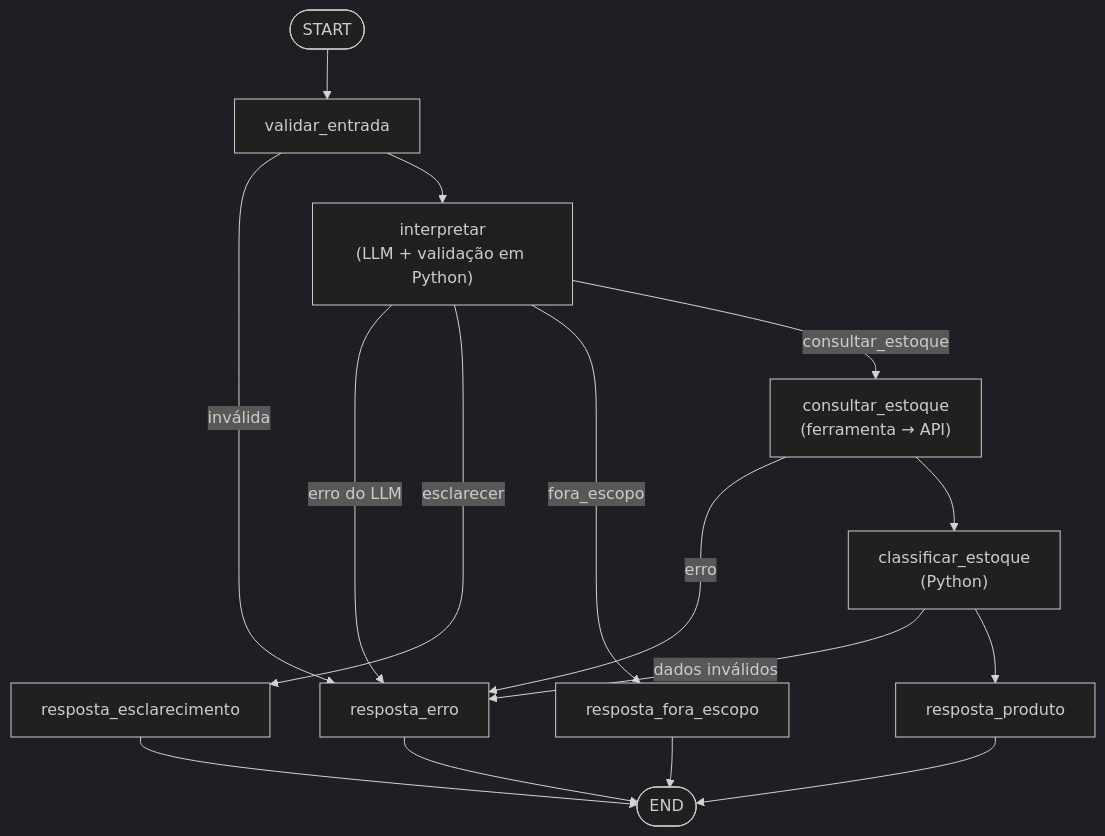
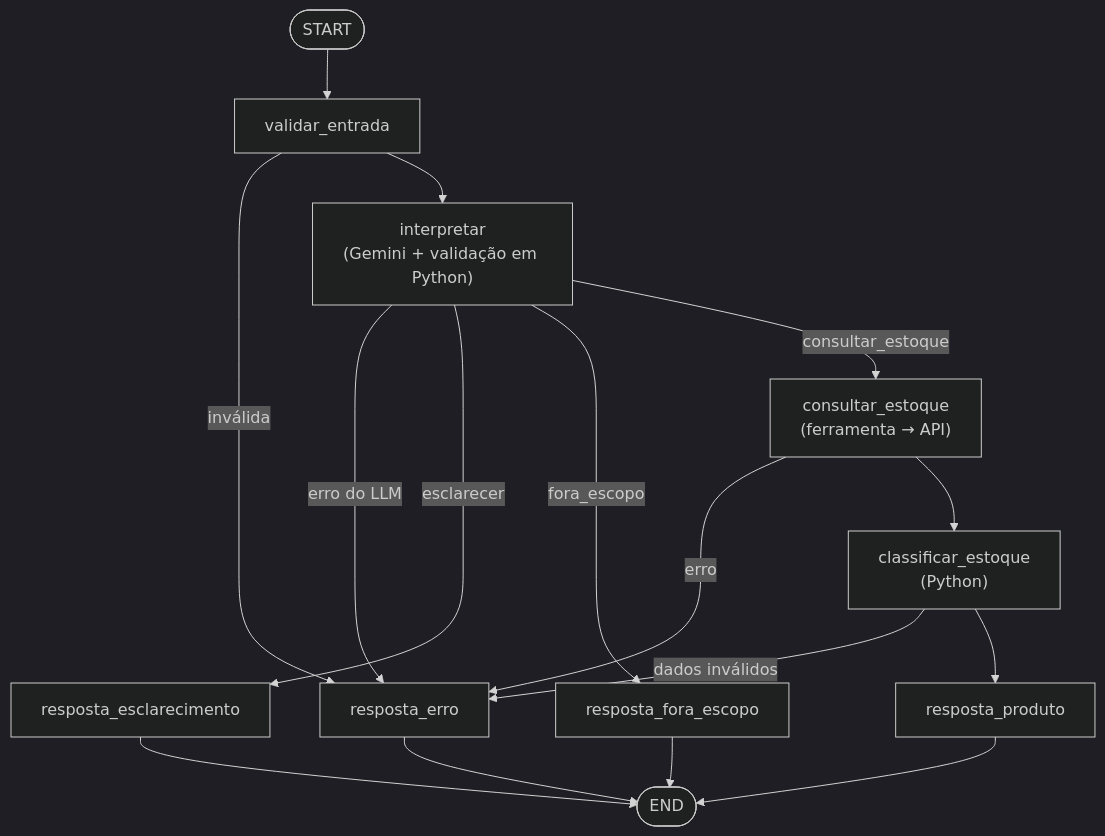
The second of 2 diagrams in README.md (francescousseau/sctec-inventory-agent), drawn with Mermaid (dark theme) before and after one commit. The commit also changed other lines of this file, not shown here.

Commit message:
docs: README reestruturado com uv, diagramas, configuração e solução de problemas

````diff
--- a/README.md
+++ b/README.md
@@ -18,15 +136,15 @@
 ```mermaid
 flowchart TD
   S([START]) --> V[validar_entrada]
   V -->|inválida| E[resposta_erro]
-  V --> I["interpretar<br/>(LLM + validação em Python)"]
+  V --> I["interpretar<br/>(Gemini + validação em Python)"]
   I -->|erro do LLM| E
   I -->|esclarecer| RE[resposta_esclarecimento]
   I -->|fora_escopo| RF[resposta_fora_escopo]
   I -->|consultar_estoque| C["consultar_estoque<br/>(ferramenta → API)"]
   C -->|erro| E
   C --> K["classificar_estoque<br/>(Python)"]
   K -->|dados inválidos| E
   K --> RP[resposta_produto]
   RP --> F([END]); RE --> F; RF --> F; E --> F
 ```
````
